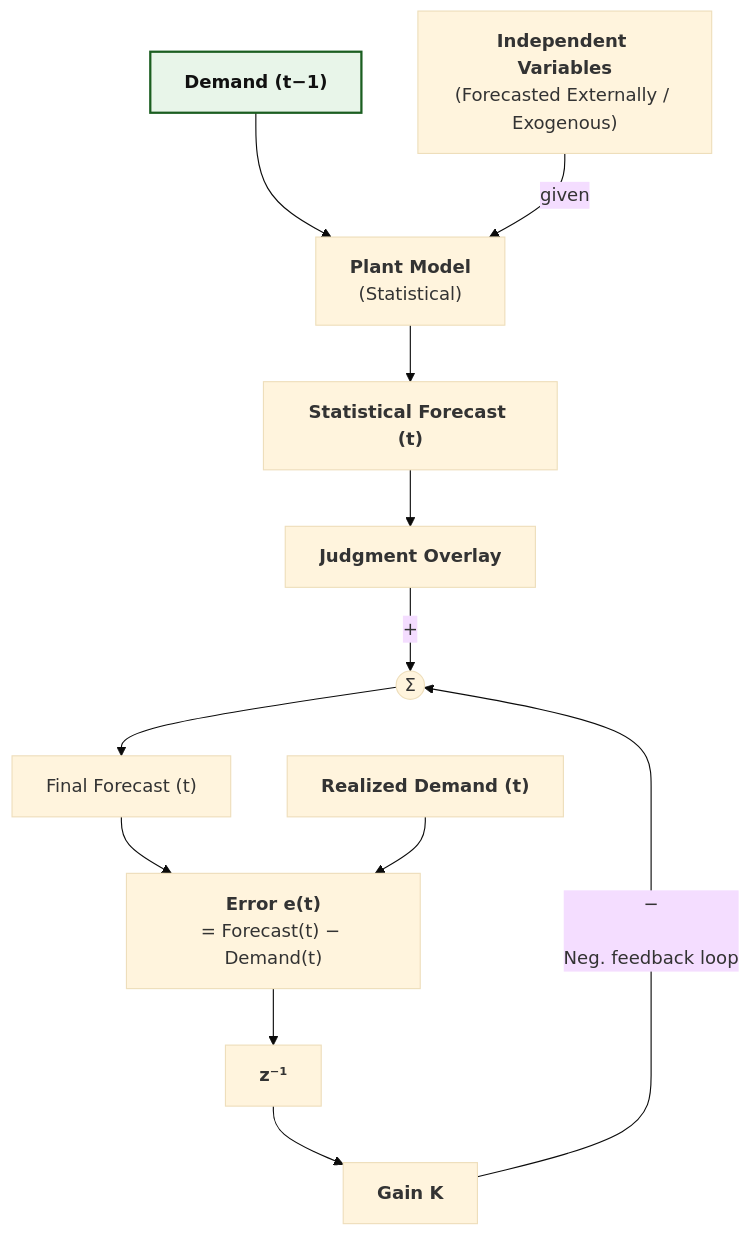
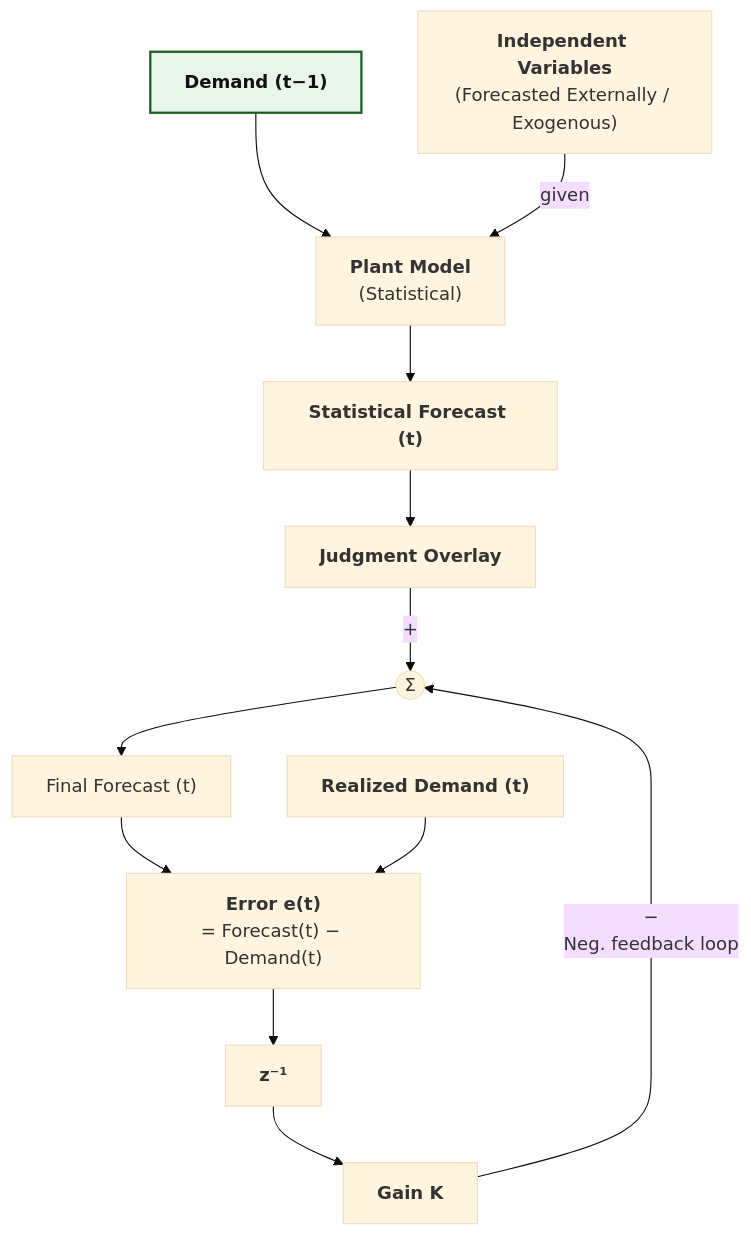
Before and after one commit to Tellusant/docs: the diagram in articles-posts/judgmental-mechanical.md, drawn with Mermaid (base theme).

```diff
--- a/articles-posts/judgmental-mechanical.md
+++ b/articles-posts/judgmental-mechanical.md
@@ -19,50 +19,50 @@
 <div class="mermaid">
   
 flowchart TD
 
 %% ===== Inputs =====
 D1["`**Demand (t−1)**`"]:::strong
 X["`**Independent Variables**<br/>(Forecasted Externally / Exogenous)`"]
 
 %% ===== Baseline model =====
 M["`**Plant Model**<br/>(Statistical)`"]
 S["`**Statistical Forecast (t)**`"]
 
 %% ===== Judgment and correction =====
 J["`**Judgment Overlay**`"]
 Sum((Σ))
 K["`**Gain K**`"]
 F["`Final Forecast (t)`"]
 
 %% ===== Realized demand =====
 R["`**Realized Demand (t)**`"]
 
 %% ===== Error and delay =====
 E["`**Error e(t)**<br/>= Forecast(t) − Demand(t)`"]
 Delay["`**z⁻¹**`"]
 
 %% ===== Forward path =====
 D1 --> M
 X -->|given| M
 M --> S
 S --> J
 J -->|+| Sum
 Sum --> F
 
 %% ===== Error computation =====
 F --> E
 R --> E
 
 %% ===== Feedback =====
 E --> Delay
 Delay --> K
-K -->|−<br/><br/>Neg. feedback loop| Sum
+K -->|−<br/>Neg. feedback loop| Sum
 
 %% ========= STYLES =========
 classDef strong  fill:#E8F5E9,stroke:#1B5E20,stroke-width:2px,color:#111;
 classDef neutral fill:#E3F2FD,stroke:#0D47A1,stroke-width:2px,color:#111;
 classDef mixed   fill:#FFF8E1,stroke:#FF6F00,stroke-width:2px,color:#111;
 classDef risk    fill:#FDECEA,stroke:#B71C1C,stroke-width:2px,color:#111;
 classDef summary fill:#F5F5F5,stroke:#424242,stroke-width:2px,color:#111;
 
 </div>
```
